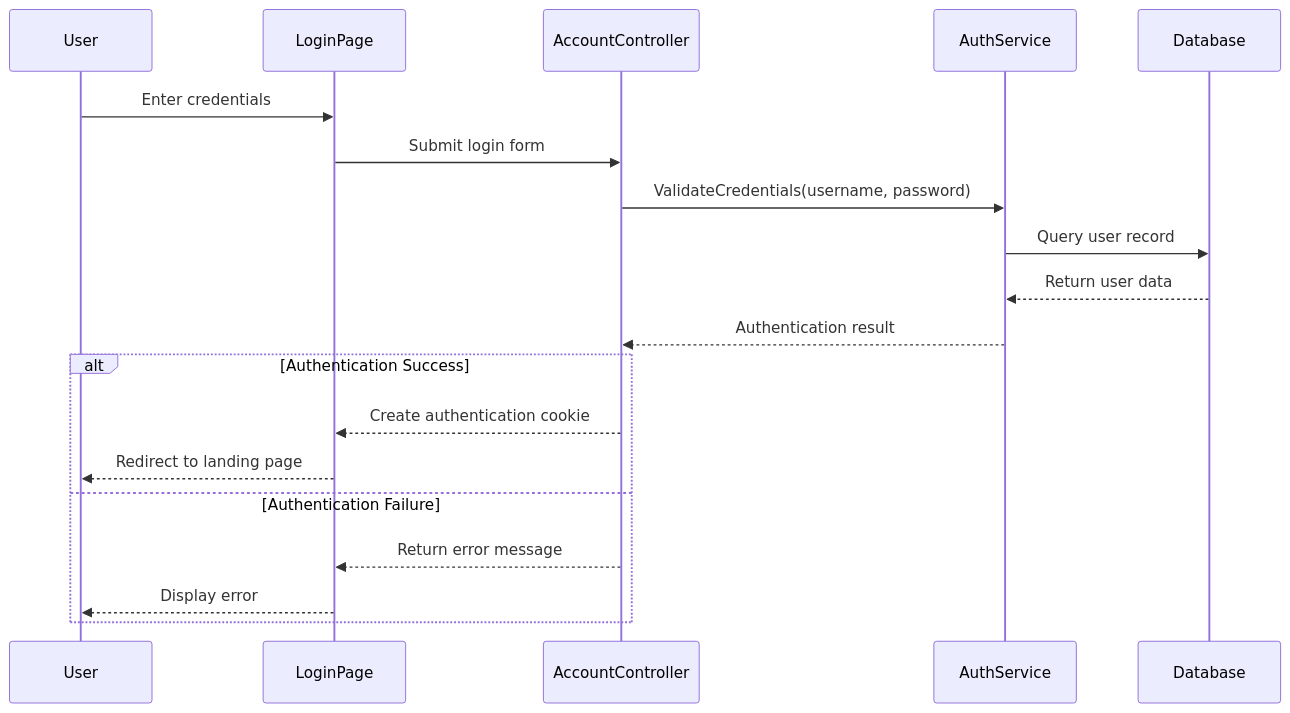
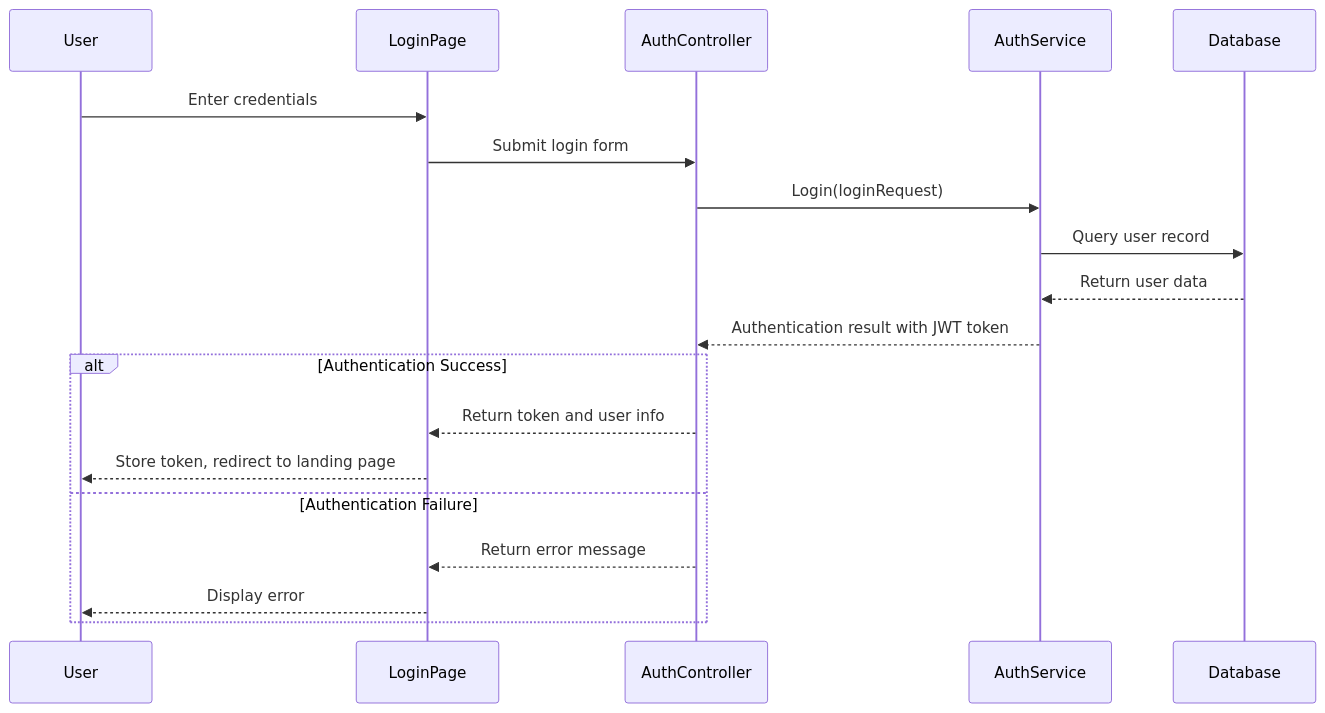
Before and after one commit to omniV1/CineScope: the second of 4 diagrams in Documents/Technical-Reports/Technical-Design.md, drawn with Mermaid. The commit also changed other lines of this file and 1 other file, not shown here.

Commit message:
Create User Training Module with navigation flow and detailed user guide

````diff
--- a/Documents/Technical-Reports/Technical-Design.md
+++ b/Documents/Technical-Reports/Technical-Design.md
@@ -302,22 +259,22 @@
 ```mermaid
 sequenceDiagram
     participant User
     participant LoginPage
-    participant AccountController
+    participant AuthController
     participant AuthService
     participant Database
 
     User->>LoginPage: Enter credentials
-    LoginPage->>AccountController: Submit login form
-    AccountController->>AuthService: ValidateCredentials(username, password)
+    LoginPage->>AuthController: Submit login form
+    AuthController->>AuthService: Login(loginRequest)
     AuthService->>Database: Query user record
     Database-->>AuthService: Return user data
-    AuthService-->>AccountController: Authentication result
+    AuthService-->>AuthController: Authentication result with JWT token
     alt Authentication Success
-        AccountController-->>LoginPage: Create authentication cookie
-        LoginPage-->>User: Redirect to landing page
+        AuthController-->>LoginPage: Return token and user info
+        LoginPage-->>User: Store token, redirect to landing page
     else Authentication Failure
-        AccountController-->>LoginPage: Return error message
+        AuthController-->>LoginPage: Return error message
         LoginPage-->>User: Display error
     end
 ```
````
